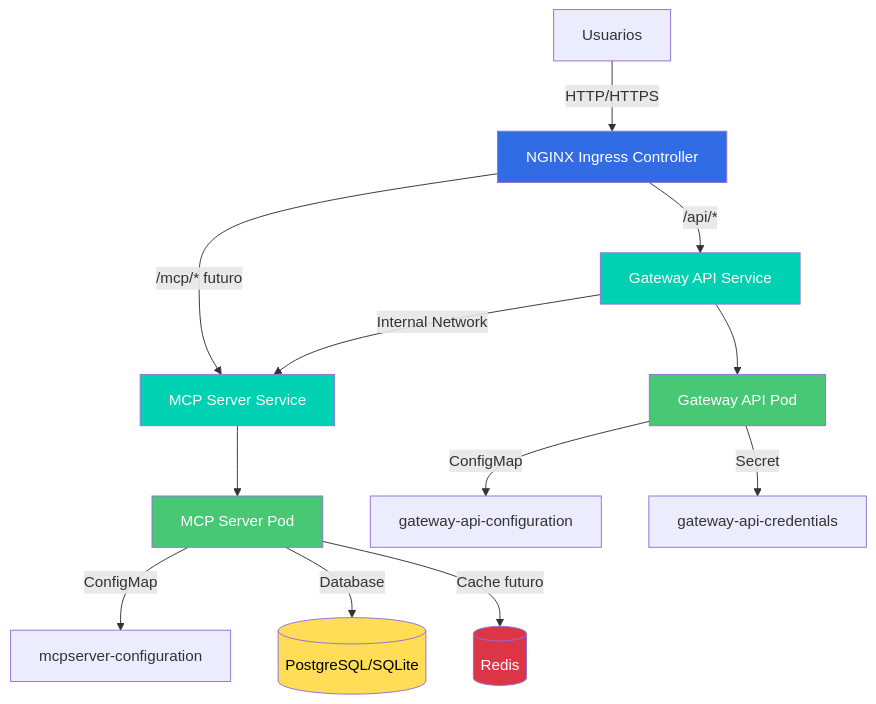
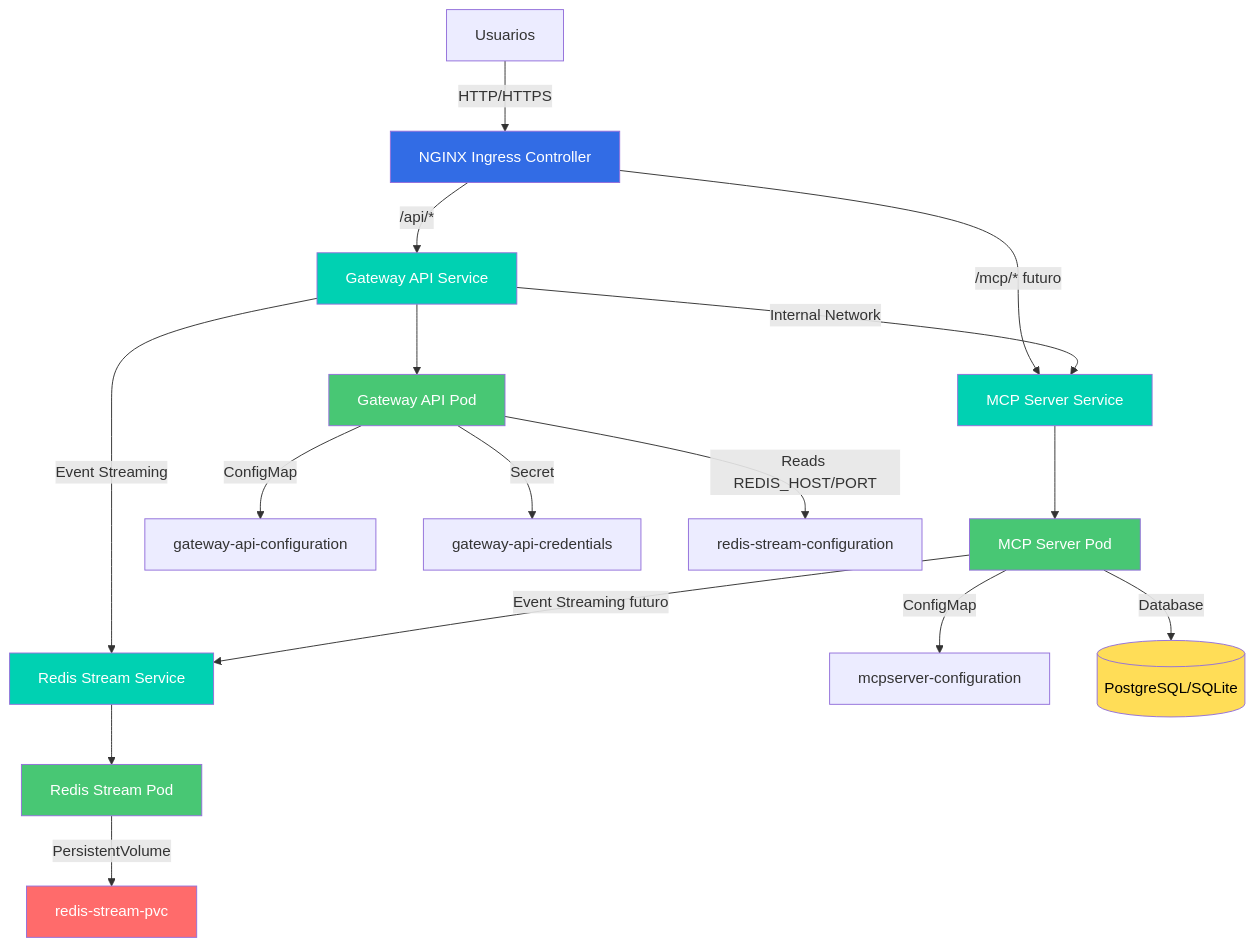
One commit to luisepifanio/mcp-poc changed the diagram in docs/ARCHITECTURE.md. Above: the diagram before and after it, drawn with Mermaid. The commit also changed other lines of this file and 6 other files, not shown here.

Commit message:
docs: establecer convención global de diagramas en Mermaid en Agents.md y README.md; infra: documentar y alinear Ingress (KIND v1.14.1), desactivar ssl-redirect; actualizar ARCHITECTURE y NETWORK_ARCHITECTURE; añadir INFRASTRUCTURE_AUDIT.md

````diff
--- a/docs/ARCHITECTURE.md
+++ b/docs/ARCHITECTURE.md
@@ -34,27 +35,34 @@
 ```mermaid
 graph TB
     Users[Usuarios] -->|HTTP/HTTPS| Ingress[NGINX Ingress Controller]
     
     Ingress -->|/api/*| GW[Gateway API Service]
     Ingress -->|/mcp/* futuro| MCP[MCP Server Service]
     
     GW -->|Internal Network| MCP
+    GW -->|Event Streaming| Redis[Redis Stream Service]
     
     GW --> GW_Pod[Gateway API Pod]
     MCP --> MCP_Pod[MCP Server Pod]
+    Redis --> Redis_Pod[Redis Stream Pod]
     
     GW_Pod -->|ConfigMap| GW_Config[gateway-api-configuration]
     GW_Pod -->|Secret| GW_Secret[gateway-api-credentials]
+    GW_Pod -->|Reads REDIS_HOST/PORT| Redis_Config[redis-stream-configuration]
     
     MCP_Pod -->|ConfigMap| MCP_Config[mcpserver-configuration]
     MCP_Pod -->|Database| DB[(PostgreSQL/SQLite)]
-    MCP_Pod -->|Cache futuro| Redis[(Redis)]
+    MCP_Pod -->|Event Streaming futuro| Redis
+    
+    Redis_Pod -->|PersistentVolume| Redis_PVC[redis-stream-pvc]
     
     style Ingress fill:#326ce5,color:#fff
     style GW fill:#00d1b2,color:#fff
     style MCP fill:#00d1b2,color:#fff
+    style Redis fill:#00d1b2,color:#fff
     style GW_Pod fill:#48c774,color:#fff
     style MCP_Pod fill:#48c774,color:#fff
+    style Redis_Pod fill:#48c774,color:#fff
     style DB fill:#ffdd57,color:#000
-    style Redis fill:#dc3545,color:#fff
+    style Redis_PVC fill:#ff6b6b,color:#fff
 ```
````
